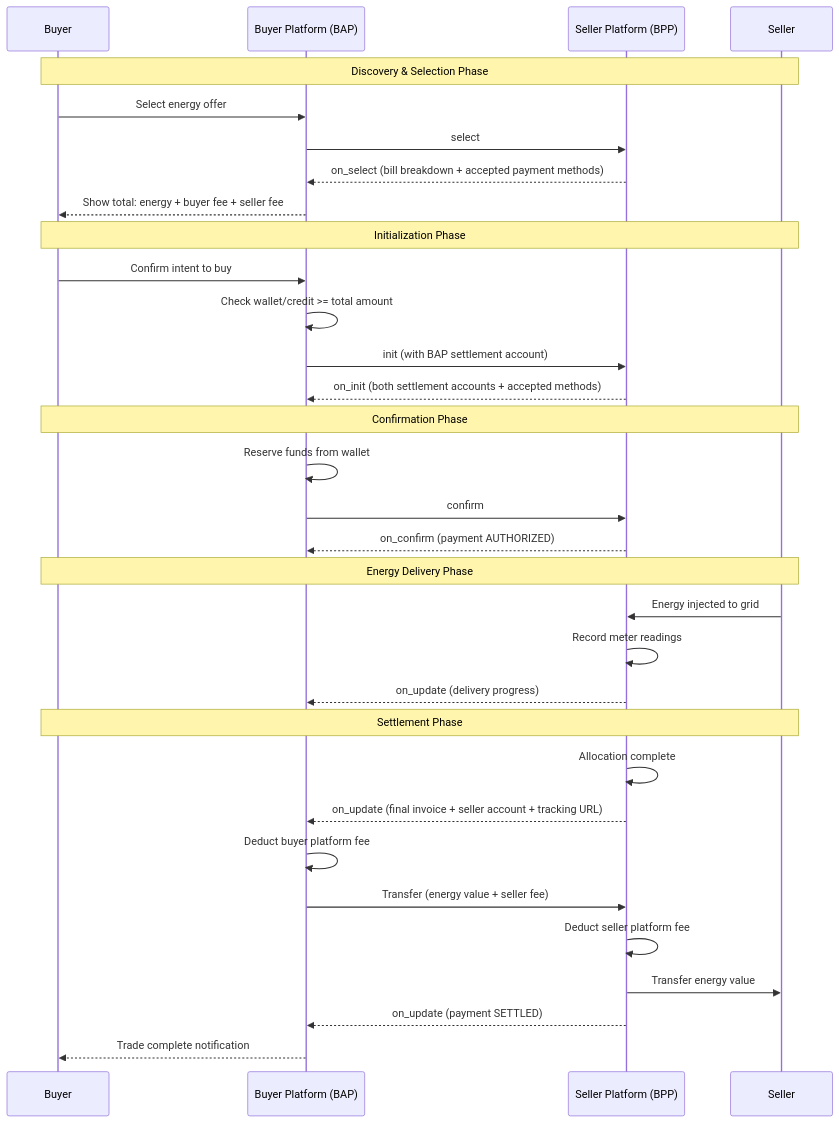
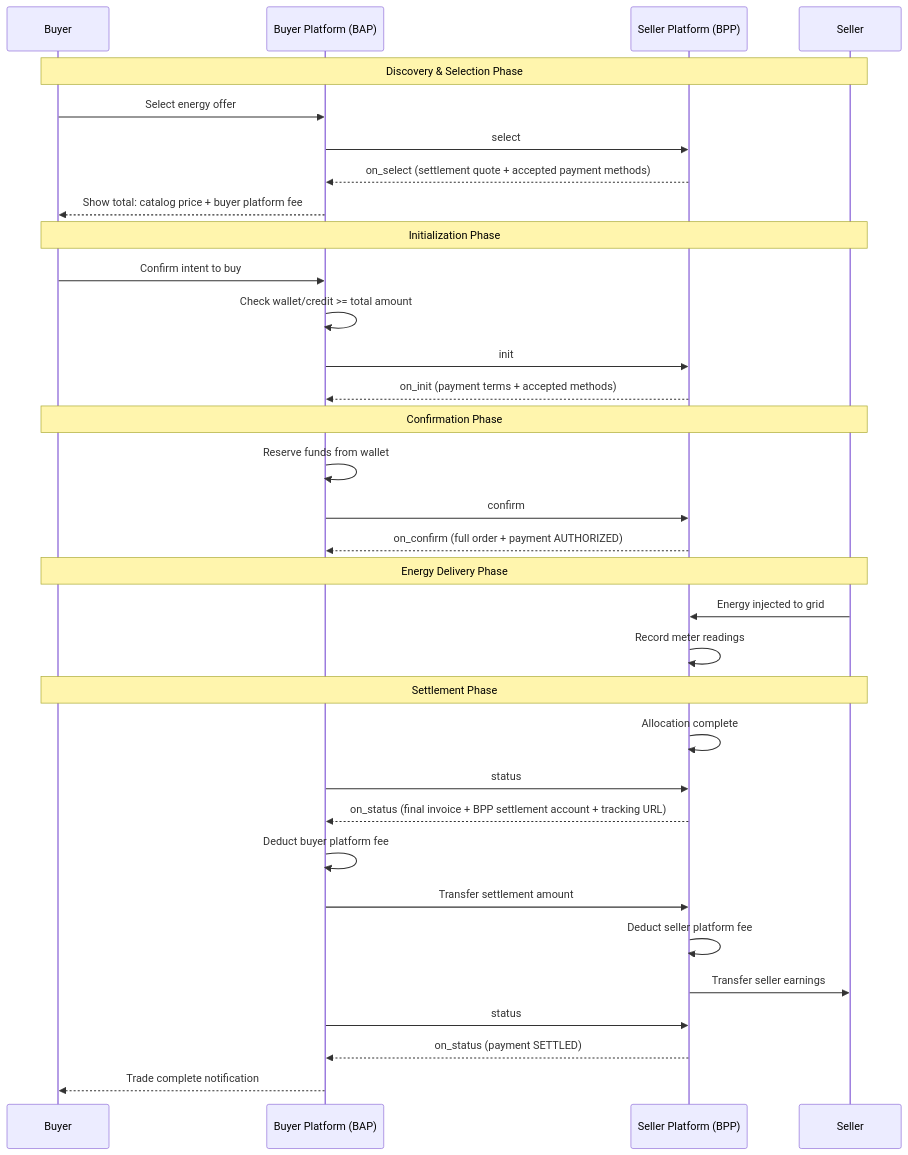
The diagram in docs/implementation-guides/v2/P2P_Trading/note-on-payment-in-p2p-trading-interdiscom.md (Tomeshwari-02/DEG), drawn with Mermaid before and after one commit. The commit also changed other lines of this file and 9 other files, not shown here.

Commit message:
update payment flow doc

````diff
--- a/docs/implementation-guides/v2/P2P_Trading/note-on-payment-in-p2p-trading-interdiscom.md
+++ b/docs/implementation-guides/v2/P2P_Trading/note-on-payment-in-p2p-trading-interdiscom.md
@@ -67,39 +70,40 @@
 ```mermaid
 sequenceDiagram
     participant Buyer
     participant BuyerPlatform as Buyer Platform (BAP)
     participant SellerPlatform as Seller Platform (BPP)
     participant Seller
 
     Note over Buyer, Seller: Discovery & Selection Phase
     Buyer->>BuyerPlatform: Select energy offer
     BuyerPlatform->>SellerPlatform: select
-    SellerPlatform-->>BuyerPlatform: on_select (bill breakdown + accepted payment methods)
-    BuyerPlatform-->>Buyer: Show total: energy + buyer fee + seller fee
+    SellerPlatform-->>BuyerPlatform: on_select (settlement quote + accepted payment methods)
+    BuyerPlatform-->>Buyer: Show total: catalog price + buyer platform fee
 
     Note over Buyer, Seller: Initialization Phase
     Buyer->>BuyerPlatform: Confirm intent to buy
     BuyerPlatform->>BuyerPlatform: Check wallet/credit >= total amount
-    BuyerPlatform->>SellerPlatform: init (with BAP settlement account)
-    SellerPlatform-->>BuyerPlatform: on_init (both settlement accounts + accepted methods)
+    BuyerPlatform->>SellerPlatform: init
+    SellerPlatform-->>BuyerPlatform: on_init (payment terms + accepted methods)
 
     Note over Buyer, Seller: Confirmation Phase
     BuyerPlatform->>BuyerPlatform: Reserve funds from wallet
     BuyerPlatform->>SellerPlatform: confirm
-    SellerPlatform-->>BuyerPlatform: on_confirm (payment AUTHORIZED)
+    SellerPlatform-->>BuyerPlatform: on_confirm (full order + payment AUTHORIZED)
 
     Note over Buyer, Seller: Energy Delivery Phase
     Seller->>SellerPlatform: Energy injected to grid
     SellerPlatform->>SellerPlatform: Record meter readings
-    SellerPlatform-->>BuyerPlatform: on_update (delivery progress)
 
     Note over Buyer, Seller: Settlement Phase
     SellerPlatform->>SellerPlatform: Allocation complete
-    SellerPlatform-->>BuyerPlatform: on_update (final invoice + seller account + tracking URL)
+    BuyerPlatform->>SellerPlatform: status
+    SellerPlatform-->>BuyerPlatform: on_status (final invoice + BPP settlement account + tracking URL)
     BuyerPlatform->>BuyerPlatform: Deduct buyer platform fee
-    BuyerPlatform->>SellerPlatform: Transfer (energy value + seller fee)
+    BuyerPlatform->>SellerPlatform: Transfer settlement amount
     SellerPlatform->>SellerPlatform: Deduct seller platform fee
-    SellerPlatform->>Seller: Transfer energy value
-    SellerPlatform-->>BuyerPlatform: on_update (payment SETTLED)
+    SellerPlatform->>Seller: Transfer seller earnings
+    BuyerPlatform->>SellerPlatform: status
+    SellerPlatform-->>BuyerPlatform: on_status (payment SETTLED)
     BuyerPlatform-->>Buyer: Trade complete notification
 ```
````
